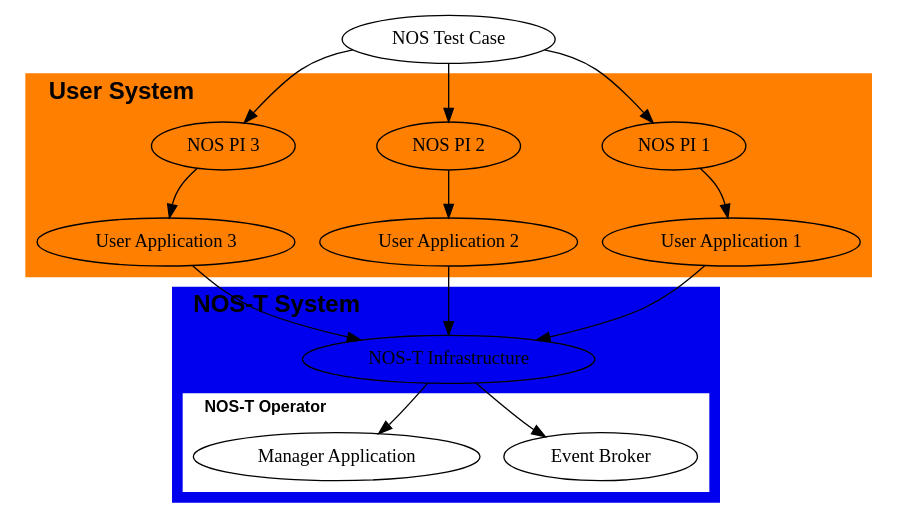
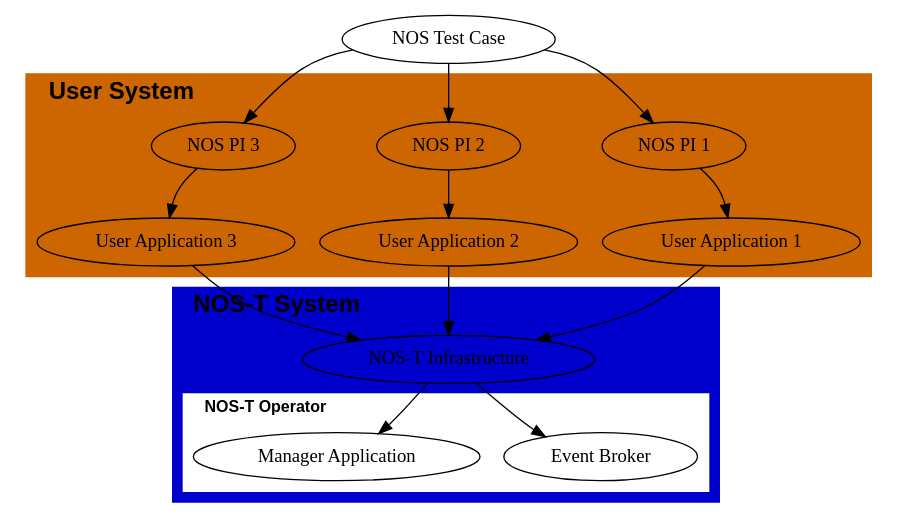
One commit to code-lab-org/nost-tools changed the diagram in docs/source/index.rst. Above: the diagram before and after it, drawn with Graphviz.

Commit message:
change colors

```diff
--- a/docs/source/index.rst
+++ b/docs/source/index.rst
@@ -40,56 +40,56 @@
 .. graphviz::
    :name: nos_t_concept
    :caption: NOS-T Graphical Concept: Visual representation of the testbed architecture and operational flow
    :align: center
 
    digraph {
       splines=curved;
       overlap=false;
 
       "NOS Test Case" -> "NOS PI 1";
       "NOS Test Case" -> "NOS PI 2";
       "NOS Test Case" -> "NOS PI 3";
       
       subgraph cluster0 {
          style=filled;
-         color=darkorange1;
+         color=darkorange3;
          label="User System";
          labeljust="l";
          fontsize=18;
          fontname="Helvetica-Bold";
          
          "NOS PI 1" -> "User Application 1";
          "NOS PI 2" -> "User Application 2";
          "NOS PI 3" -> "User Application 3";
          
       }
       
       subgraph cluster1 {
          style=filled;
-         color=blue2;
+         color=blue3;
          label="NOS-T System";
          labeljust="l";
          fontsize=18;
          fontname="Helvetica-Bold";
          
          "NOS-T Infrastructure" -> "Event Broker";
          "NOS-T Infrastructure" -> "Manager Application";
          
          subgraph cluster2 {
                style=filled;
                color=white;
                labelloc="t";
                fontsize=12;
                label="NOS-T Operator";
                
                "Event Broker";
                "Manager Application";
                
          }
          
       }
       "User Application 1" -> "NOS-T Infrastructure";
       "User Application 2" -> "NOS-T Infrastructure";
       "User Application 3" -> "NOS-T Infrastructure";
       
    }
```
